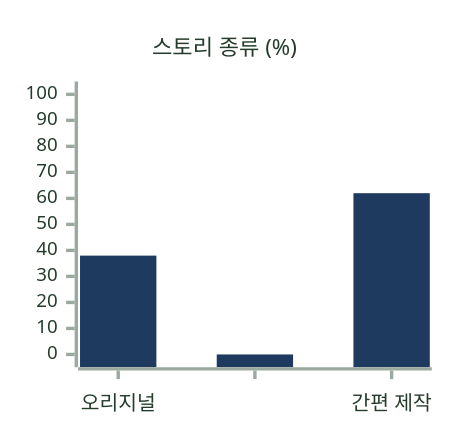
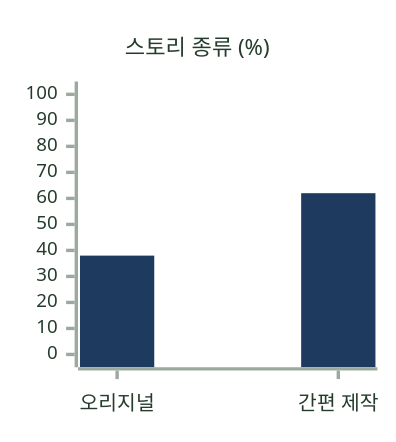
The third of 16 diagrams in docs/AI/CHAT/6-4-AI-EVALUATION-METHOD.md (KIM-N-KANG/knk-harness), drawn with Mermaid before and after one commit. The commit also changed other lines of this file, not shown here.

````diff
--- a/docs/AI/CHAT/6-4-AI-EVALUATION-METHOD.md
+++ b/docs/AI/CHAT/6-4-AI-EVALUATION-METHOD.md
@@ -89,8 +89,8 @@
 ```mermaid
-%%{init: {"theme": "base", "xyChart": {"width": 244, "height": 240, "titleFontSize": 13, "xAxis": {"labelFontSize": 12}, "yAxis": {"labelFontSize": 11, "showTitle": false}}, "themeVariables": {"xyChart": {"backgroundColor": "#FFFFFF", "titleColor": "#253C2C", "xAxisLabelColor": "#253C2C", "xAxisLineColor": "#9BA99E", "xAxisTickColor": "#9BA99E", "yAxisLabelColor": "#253C2C", "yAxisLineColor": "#9BA99E", "yAxisTickColor": "#9BA99E", "plotColorPalette": "#1F3A5F"}}}}%%
+%%{init: {"theme": "base", "xyChart": {"width": 212, "height": 240, "titleFontSize": 13, "xAxis": {"labelFontSize": 12}, "yAxis": {"labelFontSize": 11, "showTitle": false}}, "themeVariables": {"xyChart": {"backgroundColor": "#FFFFFF", "titleColor": "#253C2C", "xAxisLabelColor": "#253C2C", "xAxisLineColor": "#9BA99E", "xAxisTickColor": "#9BA99E", "yAxisLabelColor": "#253C2C", "yAxisLineColor": "#9BA99E", "yAxisTickColor": "#9BA99E", "plotColorPalette": "#1F3A5F"}}}}%%
 xychart-beta
     title "스토리 종류 (%)"
-    x-axis ["오리지널", " ", "간편 제작"]
+    x-axis ["오리지널", "간편 제작"]
     y-axis 0 --> 100
-    bar [38, 0, 62]
+    bar [38, 62]
 ```
````
